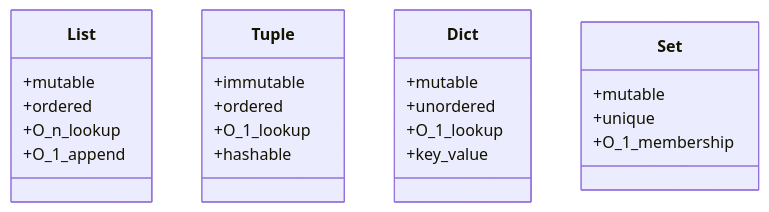
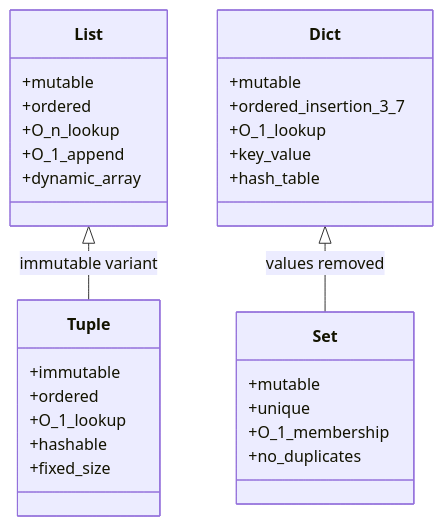
One commit to yip-lgtm/civil-bootcamp changed the first of 5 diagrams in MIT_CEE_GIRs/6.0001_Introduction_to_CS_and_Python.md. Above: the diagram before and after it, drawn with Mermaid. The commit also changed other lines of this file and 12 other files, not shown here.

First line of the commit message:
LLM enrichment: 13 courses enhanced with real scholars, sources, diagrams

````diff
--- a/MIT_CEE_GIRs/6.0001_Introduction_to_CS_and_Python.md
+++ b/MIT_CEE_GIRs/6.0001_Introduction_to_CS_and_Python.md
@@ -186,26 +329,32 @@
 ```mermaid
 classDiagram
     class List {
         +mutable
         +ordered
         +O_n_lookup
         +O_1_append
+        +dynamic_array
     }
     class Tuple {
         +immutable
         +ordered
         +O_1_lookup
         +hashable
+        +fixed_size
     }
     class Dict {
         +mutable
-        +unordered
+        +ordered_insertion_3_7
         +O_1_lookup
         +key_value
+        +hash_table
     }
     class Set {
         +mutable
         +unique
         +O_1_membership
+        +no_duplicates
     }
+    List <|-- Tuple : immutable variant
+    Dict <|-- Set : values removed
 ```
````
